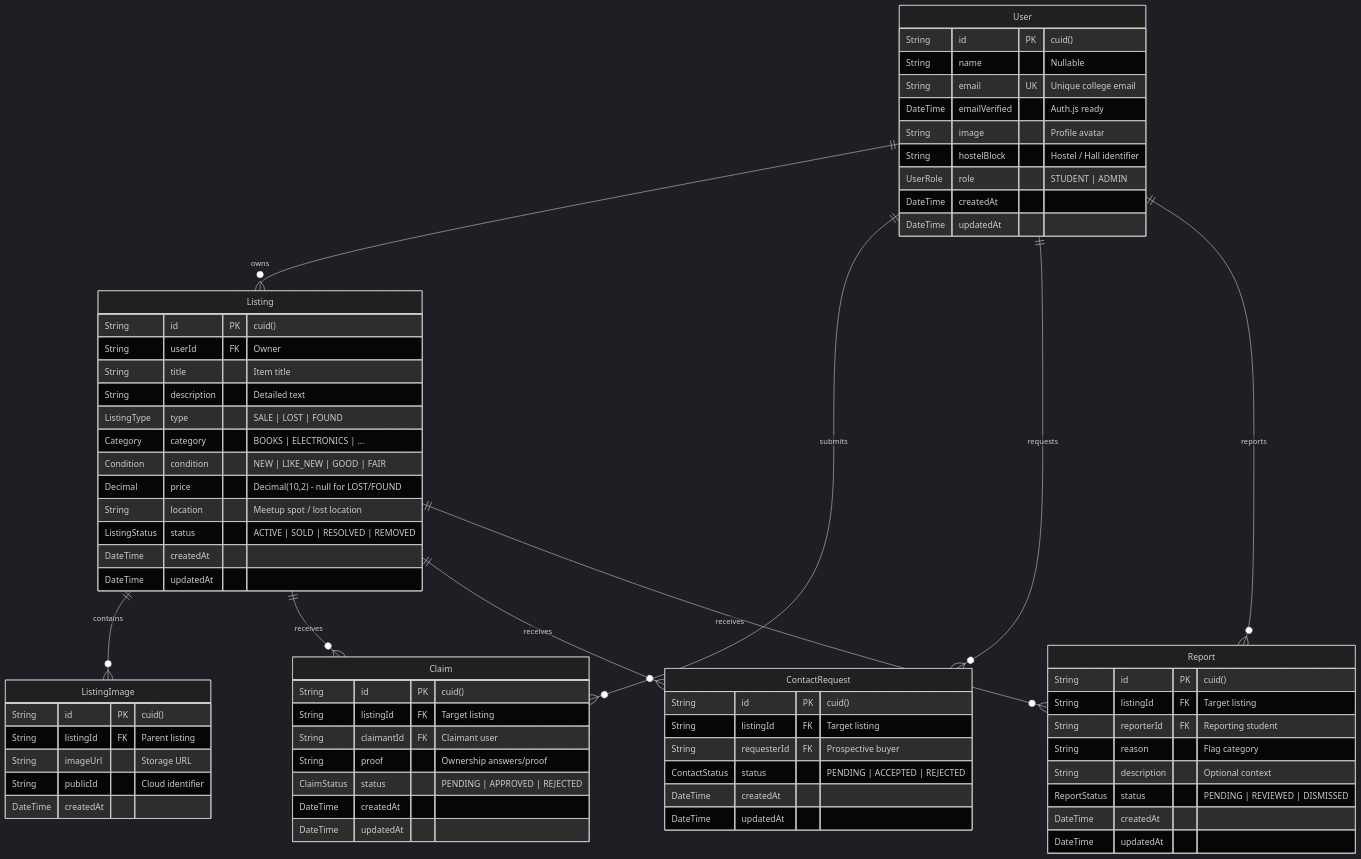
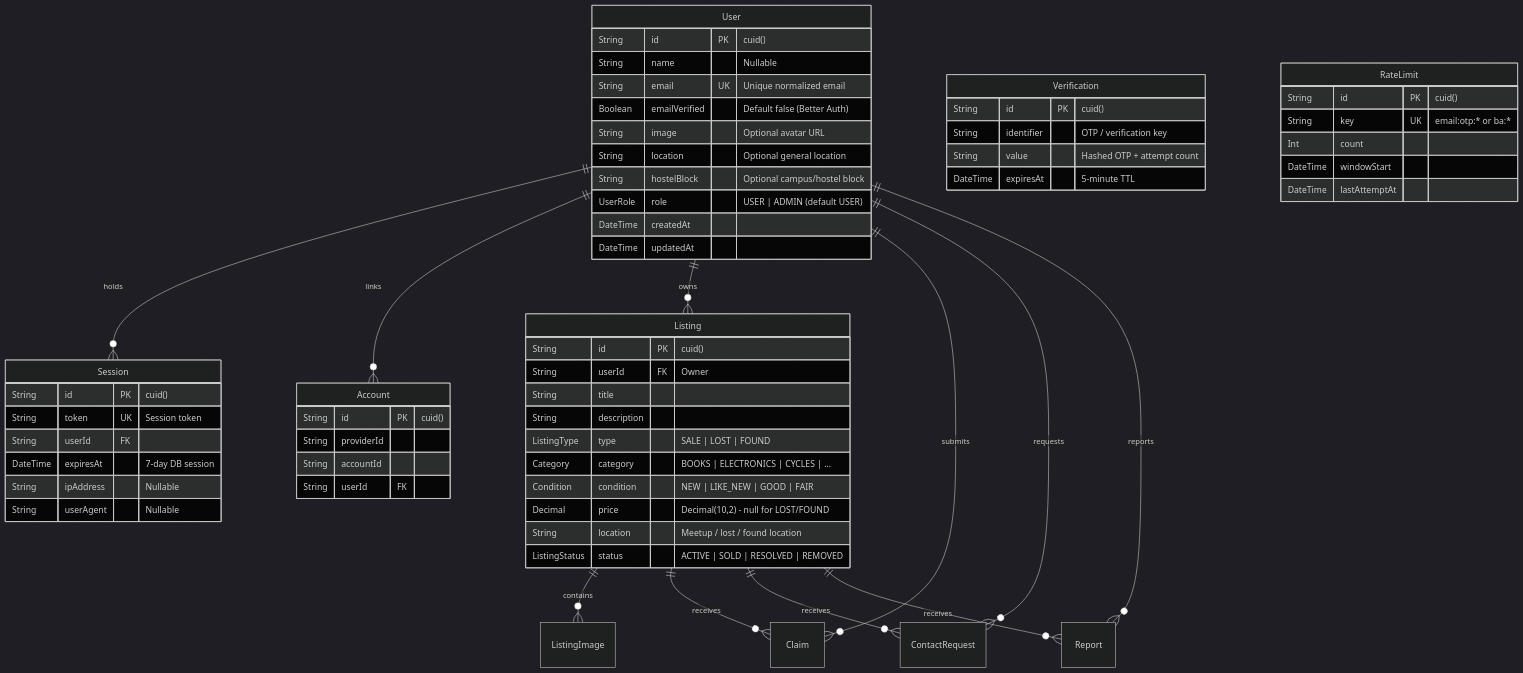
One commit to Saswata2006/Khoj changed the diagram in docs/DATABASE.md. Above: the diagram before and after it, drawn with Mermaid (dark theme). The commit also changed other lines of this file and 37 other files, not shown here.

Commit message:
feat(auth): complete secure OTP authentication and user dashboard

````diff
--- a/docs/DATABASE.md
+++ b/docs/DATABASE.md
@@ -5,77 +5,71 @@
 ```mermaid
 erDiagram
+    User ||--o{ Session : "holds"
+    User ||--o{ Account : "links"
     User ||--o{ Listing : "owns"
     User ||--o{ Claim : "submits"
     User ||--o{ ContactRequest : "requests"
     User ||--o{ Report : "reports"
 
     Listing ||--o{ ListingImage : "contains"
     Listing ||--o{ Claim : "receives"
     Listing ||--o{ ContactRequest : "receives"
     Listing ||--o{ Report : "receives"
 
     User {
         String id PK "cuid()"
         String name "Nullable"
-        String email UK "Unique college email"
-        DateTime emailVerified "Auth.js ready"
-        String image "Profile avatar"
-        String hostelBlock "Hostel / Hall identifier"
-        UserRole role "STUDENT | ADMIN"
+        String email UK "Unique normalized email"
+        Boolean emailVerified "Default false (Better Auth)"
+        String image "Optional avatar URL"
+        String location "Optional general location"
+        String hostelBlock "Optional campus/hostel block"
+        UserRole role "USER | ADMIN (default USER)"
         DateTime createdAt
         DateTime updatedAt
+    }
+
+    Session {
+        String id PK "cuid()"
+        String token UK "Session token"
+        String userId FK
+        DateTime expiresAt "7-day DB session"
+        String ipAddress "Nullable"
+        String userAgent "Nullable"
+    }
+
+    Account {
+        String id PK "cuid()"
+        String providerId
+        String accountId
+        String userId FK
+    }
+
+    Verification {
+        String id PK "cuid()"
+        String identifier "OTP / verification key"
+        String value "Hashed OTP + attempt count"
+        DateTime expiresAt "5-minute TTL"
+    }
+
+    RateLimit {
+        String id PK "cuid()"
+        String key UK "email:otp:* or ba:*"
+        Int count
+        DateTime windowStart
+        DateTime lastAttemptAt
     }
 
     Listing {
         String id PK "cuid()"
         String userId FK "Owner"
-        String title "Item title"
-        String description "Detailed text"
+        String title
+        String description
         ListingType type "SALE | LOST | FOUND"
-        Category category "BOOKS | ELECTRONICS | ..."
+        Category category "BOOKS | ELECTRONICS | CYCLES | ..."
         Condition condition "NEW | LIKE_NEW | GOOD | FAIR"
         Decimal price "Decimal(10,2) - null for LOST/FOUND"
-        String location "Meetup spot / lost location"
+        String location "Meetup / lost / found location"
         ListingStatus status "ACTIVE | SOLD | RESOLVED | REMOVED"
-        DateTime createdAt
-        DateTime updatedAt
-    }
-
-    ListingImage {
-        String id PK "cuid()"
-        String listingId FK "Parent listing"
-        String imageUrl "Storage URL"
-        String publicId "Cloud identifier"
-        DateTime createdAt
-    }
-
-    Claim {
-        String id PK "cuid()"
-        String listingId FK "Target listing"
-        String claimantId FK "Claimant user"
-        String proof "Ownership answers/proof"
-        ClaimStatus status "PENDING | APPROVED | REJECTED"
-        DateTime createdAt
-        DateTime updatedAt
-    }
-
-    ContactRequest {
-        String id PK "cuid()"
-        String listingId FK "Target listing"
-        String requesterId FK "Prospective buyer"
-        ContactStatus status "PENDING | ACCEPTED | REJECTED"
-        DateTime createdAt
-        DateTime updatedAt
-    }
-
-    Report {
-        String id PK "cuid()"
-        String listingId FK "Target listing"
-        String reporterId FK "Reporting student"
-        String reason "Flag category"
-        String description "Optional context"
-        ReportStatus status "PENDING | REVIEWED | DISMISSED"
-        DateTime createdAt
-        DateTime updatedAt
     }
 ```
````
